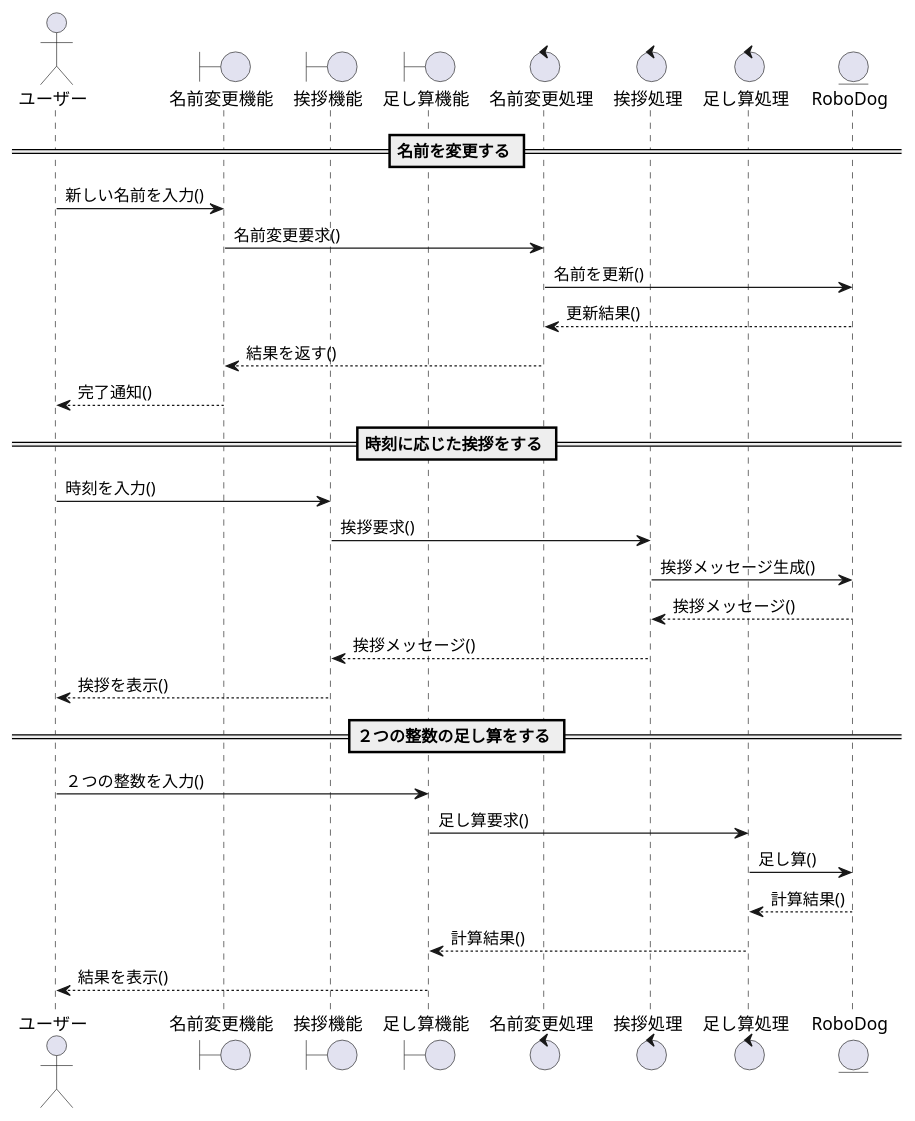
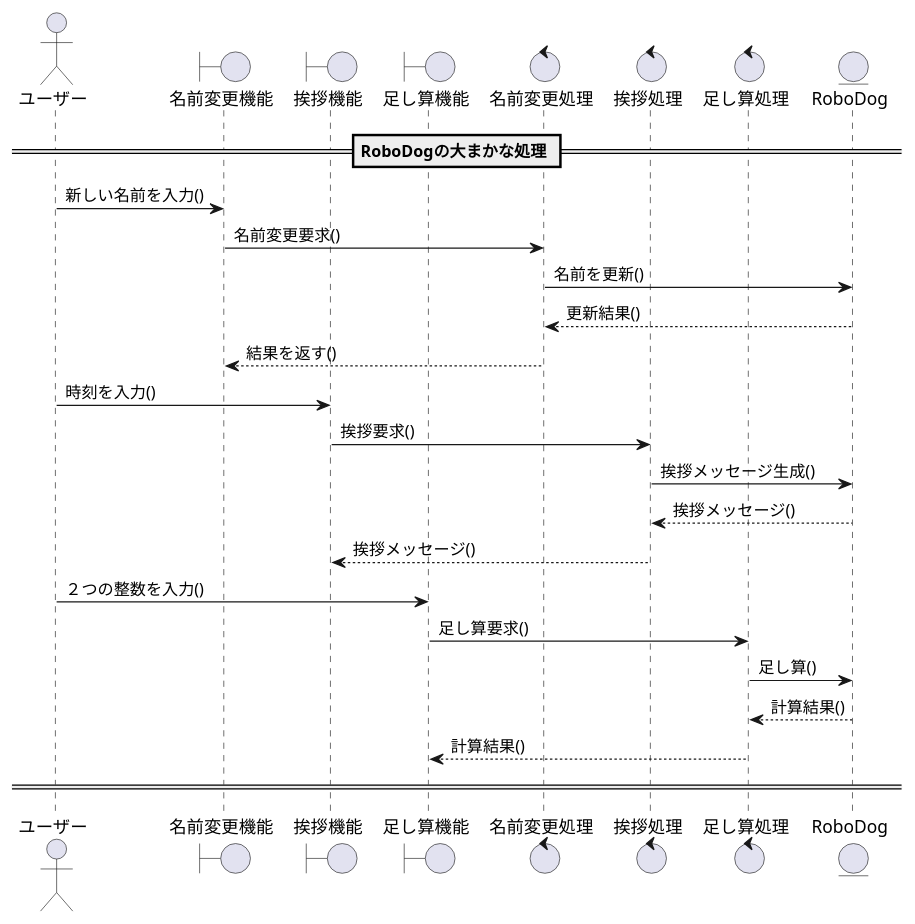
The diagram in group/06_robo_dog_3/シーケンス図/sequence.pu (ko246/ohara_uml), drawn with PlantUML before and after one commit.

Commit message:
シーケンス図変更

```diff
--- a/group/06_robo_dog_3/シーケンス図/sequence.pu
+++ b/group/06_robo_dog_3/シーケンス図/sequence.pu
@@ -1,36 +1,36 @@
 @startuml
 
 actor ユーザー as User
 boundary 名前変更機能 as NameChangeUI
 boundary 挨拶機能 as GreetingUI
 boundary 足し算機能 as AddUI
 control 名前変更処理 as NameChangeCtrl
 control 挨拶処理 as GreetingCtrl
 control 足し算処理 as AddCtrl
 entity RoboDog as RoboDog
 
-== 名前を変更する ==
+== RoboDogの大まかな処理 ==
+' 名前を変更する
 User -> NameChangeUI : 新しい名前を入力()
 NameChangeUI -> NameChangeCtrl : 名前変更要求()
 NameChangeCtrl -> RoboDog : 名前を更新()
 RoboDog --> NameChangeCtrl : 更新結果()
 NameChangeCtrl --> NameChangeUI : 結果を返す()
-NameChangeUI --> User : 完了通知()
 
-== 時刻に応じた挨拶をする ==
+' 時刻に応じた挨拶をする
 User -> GreetingUI : 時刻を入力()
 GreetingUI -> GreetingCtrl : 挨拶要求()
 GreetingCtrl -> RoboDog : 挨拶メッセージ生成()
 RoboDog --> GreetingCtrl : 挨拶メッセージ()
 GreetingCtrl --> GreetingUI : 挨拶メッセージ()
-GreetingUI --> User : 挨拶を表示()
 
-== ２つの整数の足し算をする ==
+' ２つの整数の足し算をする
 User -> AddUI : ２つの整数を入力()
 AddUI -> AddCtrl : 足し算要求()
 AddCtrl -> RoboDog : 足し算()
 RoboDog --> AddCtrl : 計算結果()
 AddCtrl --> AddUI : 計算結果()
-AddUI --> User : 結果を表示()
+
+====
 
 @enduml
```
